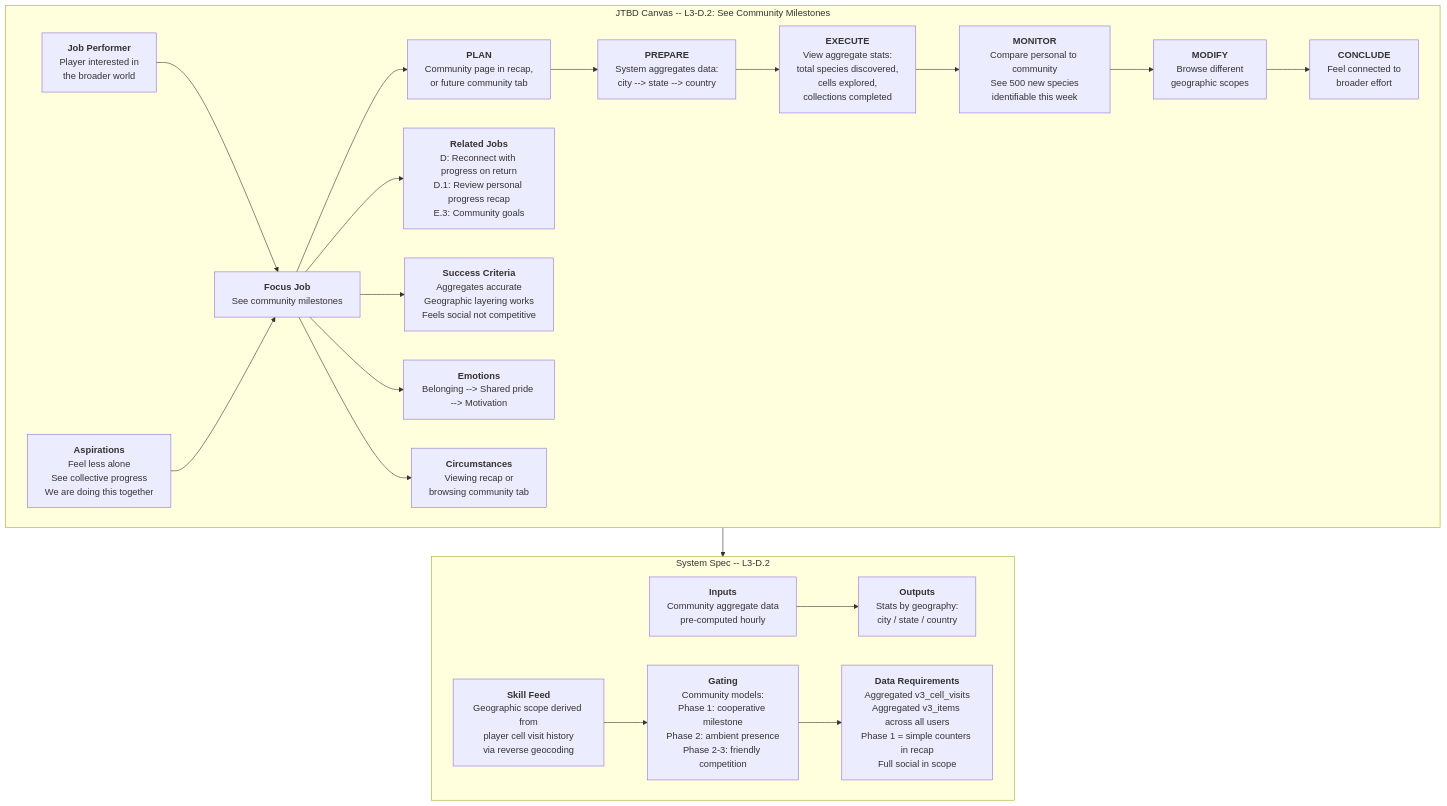
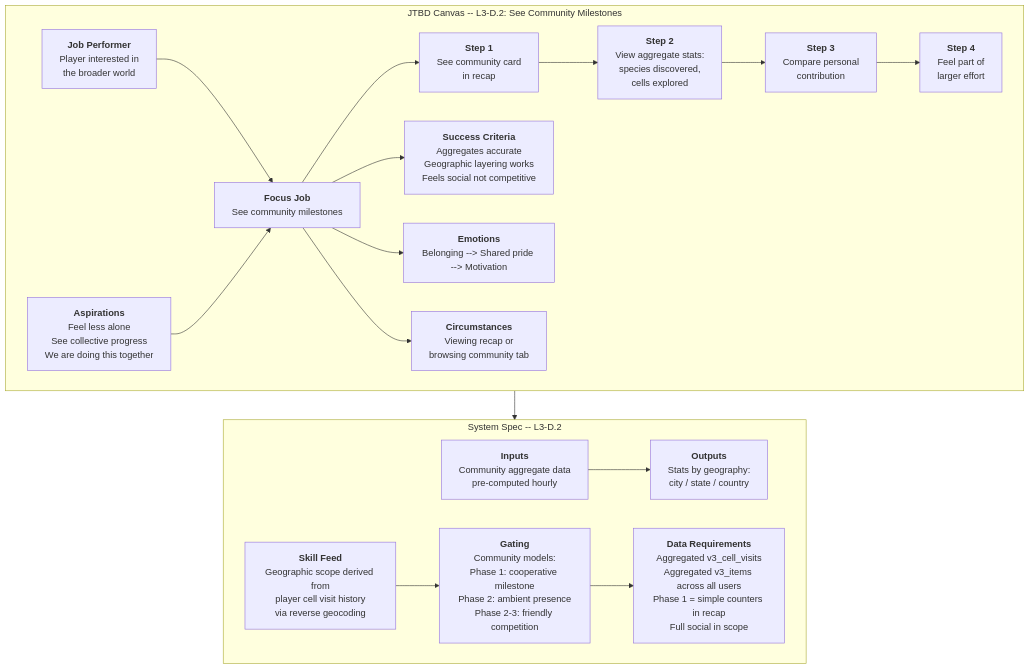
Before and after one commit to JMLegere/geo-app: the diagram in docs/diagrams/problem/d2-community-milestones.mmd, drawn with Mermaid. The commit also changed 52 other files, not shown here.

```diff
--- a/docs/diagrams/problem/d2-community-milestones.mmd
+++ b/docs/diagrams/problem/d2-community-milestones.mmd
@@ -1,40 +1,36 @@
 %% Status: NEEDS HUMAN REVIEW
 flowchart TD
     subgraph JTBD["JTBD Canvas -- L3-D.2: See Community Milestones"]
         JP["<b>Job Performer</b><br/>Player interested in<br/>the broader world"]
         ASP["<b>Aspirations</b><br/>Feel less alone<br/>See collective progress<br/>We are doing this together"]
         FJ["<b>Focus Job</b><br/>See community milestones"]
-        RJ["<b>Related Jobs</b><br/>D: Reconnect with progress on return<br/>D.1: Review personal progress recap<br/>E.3: Community goals"]
-        PLAN["<b>PLAN</b><br/>Community page in recap,<br/>or future community tab"]
-        PREPARE["<b>PREPARE</b><br/>System aggregates data:<br/>city --> state --> country"]
-        EXECUTE["<b>EXECUTE</b><br/>View aggregate stats:<br/>total species discovered,<br/>cells explored,<br/>collections completed"]
-        MONITOR["<b>MONITOR</b><br/>Compare personal to community<br/>See 500 new species<br/>identifiable this week"]
-        MODIFY["<b>MODIFY</b><br/>Browse different<br/>geographic scopes"]
-        CONCLUDE["<b>CONCLUDE</b><br/>Feel connected to<br/>broader effort"]
+        S1["<b>Step 1</b><br/>See community card<br/>in recap"]
+        S2["<b>Step 2</b><br/>View aggregate stats:<br/>species discovered,<br/>cells explored"]
+        S3["<b>Step 3</b><br/>Compare personal<br/>contribution"]
+        S4["<b>Step 4</b><br/>Feel part of<br/>larger effort"]
         SC["<b>Success Criteria</b><br/>Aggregates accurate<br/>Geographic layering works<br/>Feels social not competitive"]
         EM["<b>Emotions</b><br/>Belonging --> Shared pride --> Motivation"]
         CIRC["<b>Circumstances</b><br/>Viewing recap or<br/>browsing community tab"]
 
         JP --> FJ
         ASP --> FJ
-        FJ --> PLAN
-        PLAN --> PREPARE --> EXECUTE --> MONITOR --> MODIFY --> CONCLUDE
-        FJ --> RJ
+        FJ --> S1
+        S1 --> S2 --> S3 --> S4
         FJ --> SC
         FJ --> EM
         FJ --> CIRC
     end
 
     subgraph SystemSpec["System Spec -- L3-D.2"]
         IN["<b>Inputs</b><br/>Community aggregate data<br/>pre-computed hourly"]
         OUT["<b>Outputs</b><br/>Stats by geography:<br/>city / state / country"]
         SF["<b>Skill Feed</b><br/>Geographic scope derived from<br/>player cell visit history<br/>via reverse geocoding"]
         GT["<b>Gating</b><br/>Community models:<br/>Phase 1: cooperative milestone<br/>Phase 2: ambient presence<br/>Phase 2-3: friendly competition"]
         DR["<b>Data Requirements</b><br/>Aggregated v3_cell_visits<br/>Aggregated v3_items across all users<br/>Phase 1 = simple counters in recap<br/>Full social in scope"]
 
         IN --> OUT
         SF --> GT
         GT --> DR
     end
 
     JTBD --> SystemSpec
```
